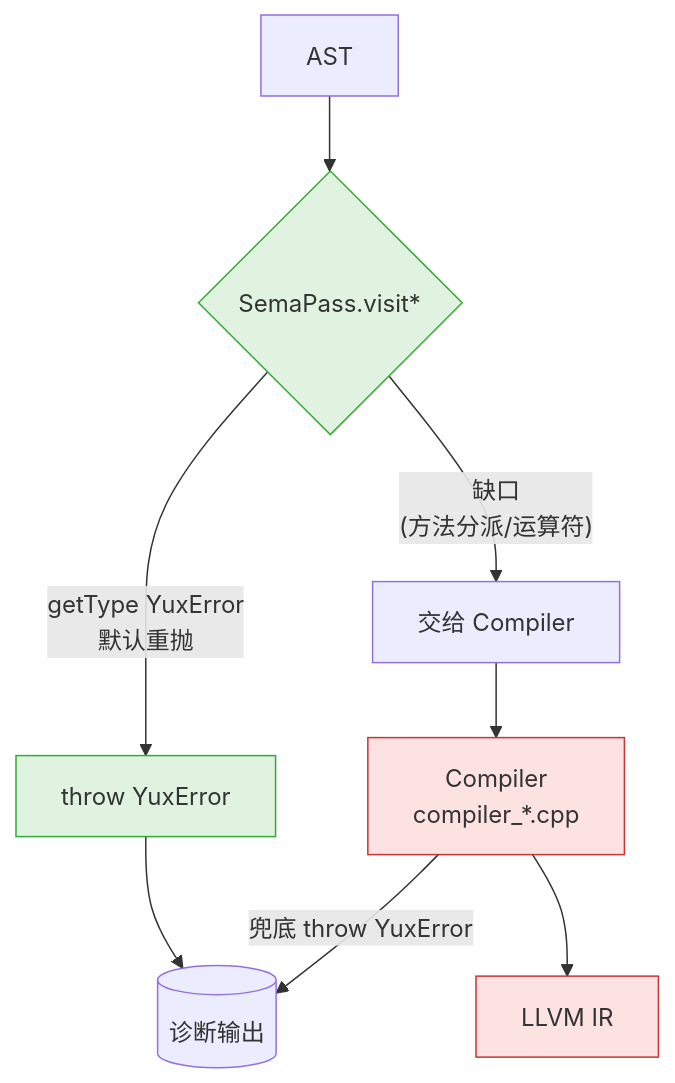
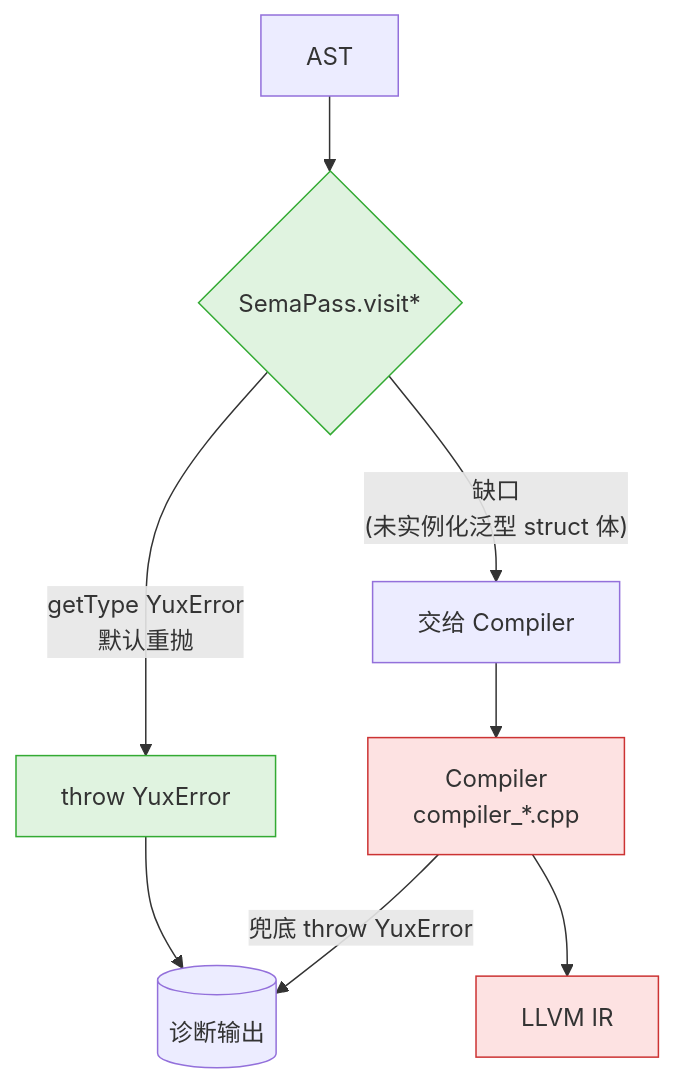
Before and after one commit to riu-lang/riu: the fourth of 6 diagrams in yux.md, drawn with Mermaid. The commit also changed 10 other files, not shown here.

````diff
--- a/yux.md
+++ b/yux.md
@@ -116,18 +116,18 @@
 ```mermaid
 flowchart TB
     ast[AST] --> sema{SemaPass.visit*}
 
     sema -- "getType YuxError<br/>默认重抛" --> throwSema[throw YuxError]
-    sema -- "缺口<br/>(方法分派/运算符)" --> skip[交给 Compiler]
+    sema -- "缺口<br/>(未实例化泛型 struct 体)" --> skip[交给 Compiler]
 
     throwSema --> userErr[(诊断输出)]
     skip --> compiler[Compiler<br/>compiler_*.cpp]
 
     compiler -- "兜底 throw YuxError" --> userErr
     compiler --> ir[LLVM IR]
 
     classDef green fill:#e0f3e0,stroke:#3a3
     classDef red fill:#fde2e2,stroke:#c33
     class sema,throwSema green
     class compiler,ir red
 ```
````
